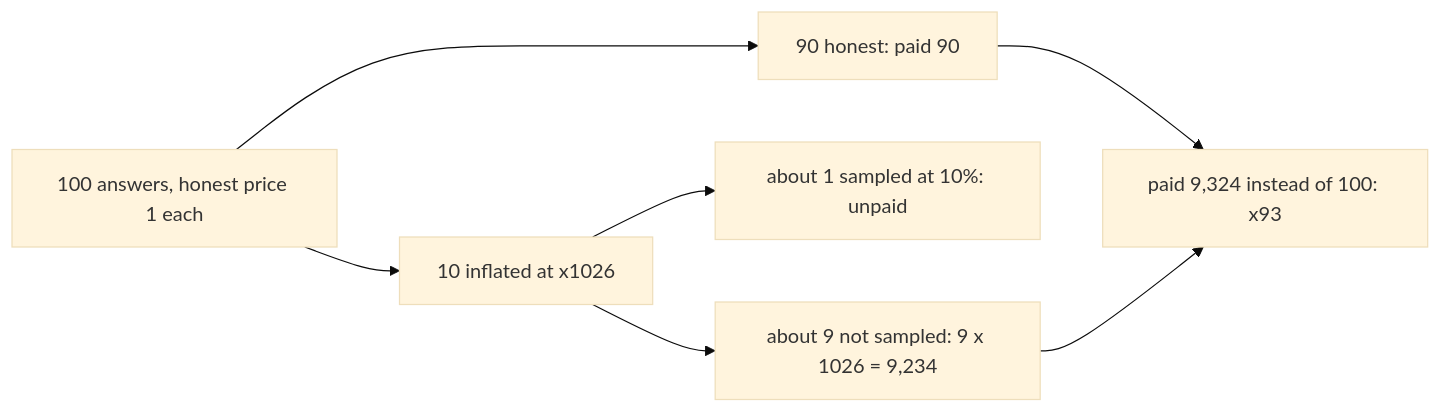
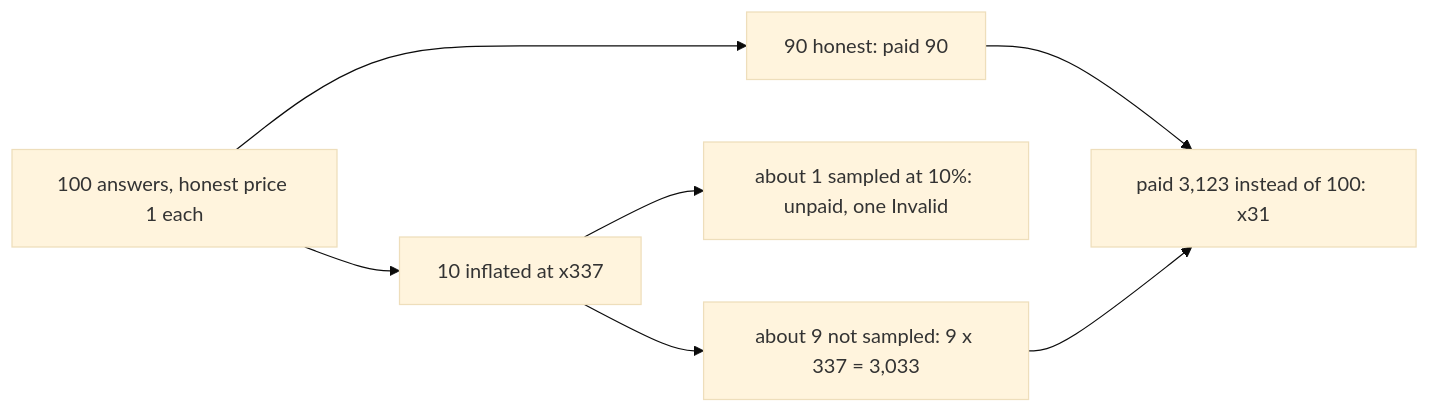
The first of 4 diagrams in docs/community/issues/02000-devshard-executor-reported-output-tokens-set-the-payment-and.md (Daniil-Zotov/gonkadocs), drawn with Mermaid (base theme) before and after one commit. The commit also changed other lines of this file and 432 other files, not shown here.

````diff
--- a/docs/community/issues/02000-devshard-executor-reported-output-tokens-set-the-payment-and.md
+++ b/docs/community/issues/02000-devshard-executor-reported-output-tokens-set-the-payment-and.md
@@ -56,9 +59,9 @@
 ```mermaid
 flowchart LR
     A["100 answers, honest price 1 each"] --> H["90 honest: paid 90"]
-    A --> I["10 inflated at x1026"]
-    I --> S["about 1 sampled at 10%: unpaid"]
-    I --> U["about 9 not sampled: 9 x 1026 = 9,234"]
-    H --> T["paid 9,324 instead of 100: x93"]
+    A --> I["10 inflated at x337"]
+    I --> S["about 1 sampled at 10%: unpaid, one Invalid"]
+    I --> U["about 9 not sampled: 9 x 337 = 3,033"]
+    H --> T["paid 3,123 instead of 100: x31"]
     U --> T
 ```
````
